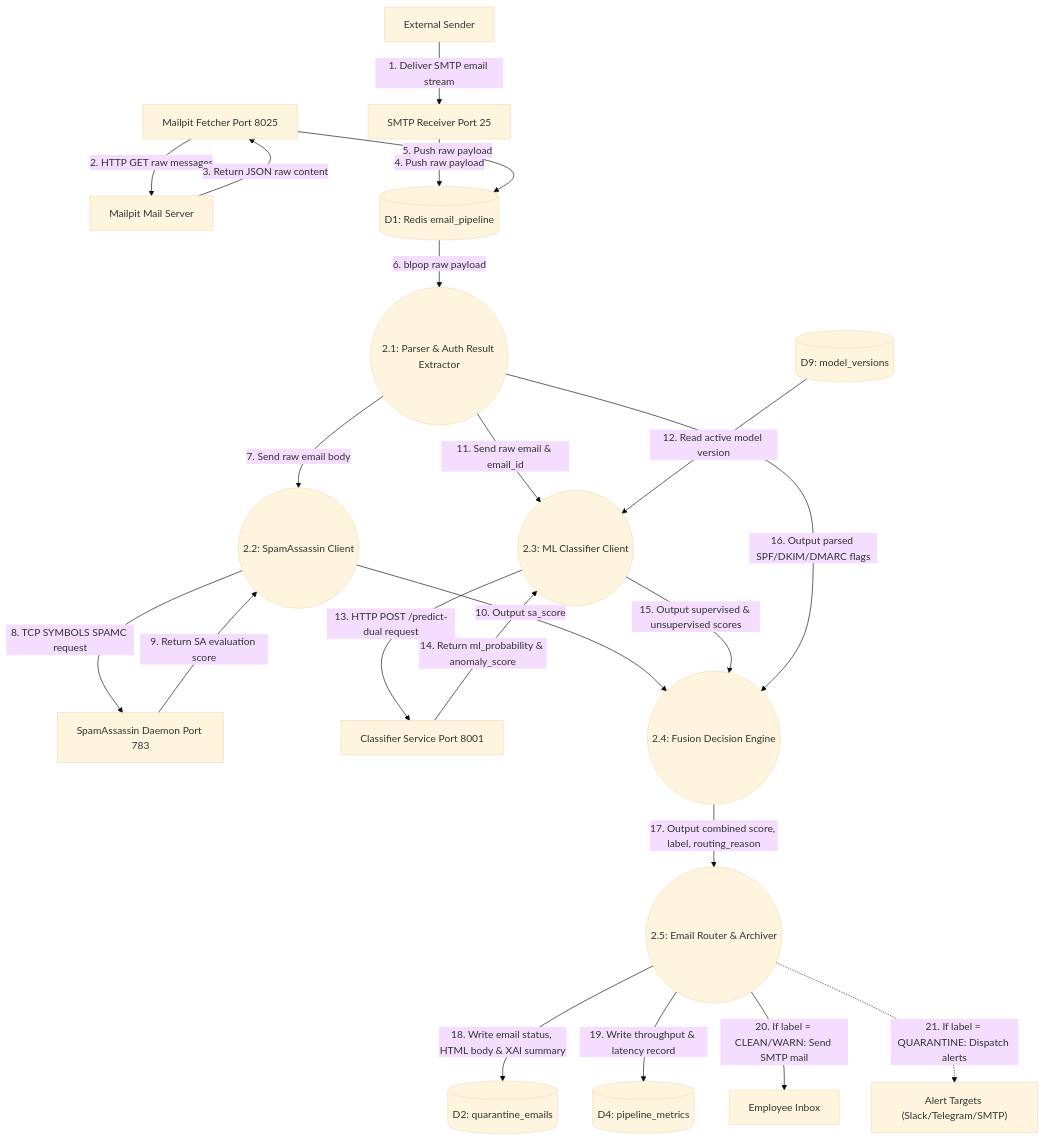
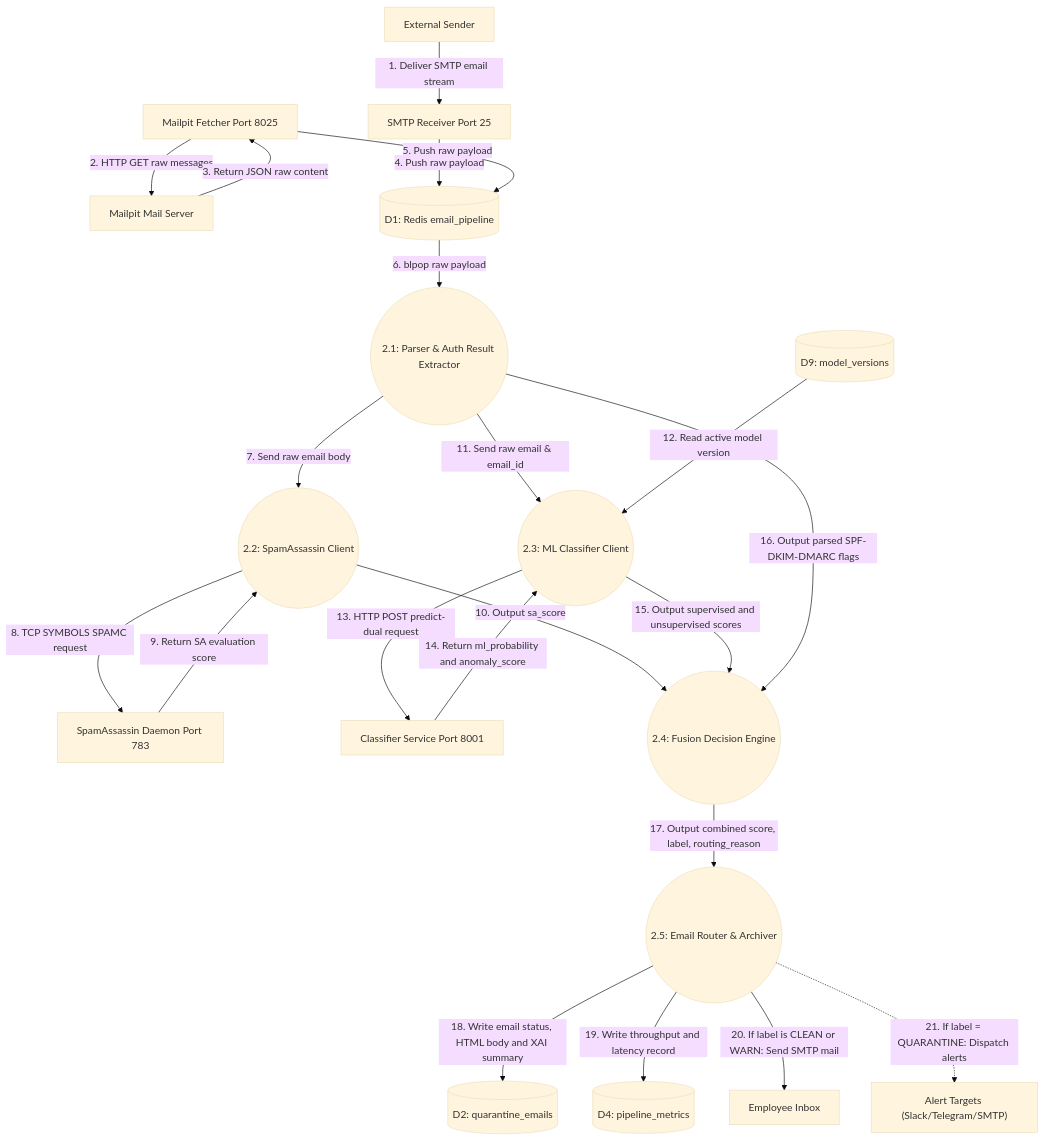
Before and after one commit to wi5nuu/ML-Powered-Anti-Phishing-and-Spam-Filtering: the fourth of 6 diagrams in DATABASE_AND_PROCESS_FLOWS_DESIGN.md, drawn with Mermaid (base theme). The commit also changed other lines of this file, not shown here.

Commit message:
docs: sanitize edge labels by removing parentheses and slashes for GitHub Mermaid compatibility

````diff
--- a/DATABASE_AND_PROCESS_FLOWS_DESIGN.md
+++ b/DATABASE_AND_PROCESS_FLOWS_DESIGN.md
@@ -438,56 +438,56 @@
 ```mermaid
 flowchart TD
     %% External Entities & Hardware Ports
     ES[External Sender]
     SMTP["SMTP Receiver Port 25"]
     Fetcher["Mailpit Fetcher Port 8025"]
     Mailpit[Mailpit Mail Server]
     SA_Daemon["SpamAssassin Daemon Port 783"]
     ML_Service["Classifier Service Port 8001"]
     Emp[Employee Inbox]
     Alerts["Alert Targets (Slack/Telegram/SMTP)"]
 
     %% Sub-processes
     P2_1(("2.1: Parser & Auth Result Extractor"))
     P2_2(("2.2: SpamAssassin Client"))
     P2_3(("2.3: ML Classifier Client"))
     P2_4(("2.4: Fusion Decision Engine"))
     P2_5(("2.5: Email Router & Archiver"))
 
     %% Data Stores & Queues
     D_Queue[("D1: Redis email_pipeline")]
     D_Quarantine[("D2: quarantine_emails")]
     D_Metrics[("D4: pipeline_metrics")]
     D_Model[("D9: model_versions")]
 
     %% Flow
     ES -->|1. Deliver SMTP email stream| SMTP
     Fetcher -->|2. HTTP GET raw messages| Mailpit
     Mailpit -->|3. Return JSON raw content| Fetcher
     
     SMTP -->|4. Push raw payload| D_Queue
     Fetcher -->|5. Push raw payload| D_Queue
     
     D_Queue -->|6. blpop raw payload| P2_1
     
     P2_1 -->|7. Send raw email body| P2_2
     P2_2 -->|8. TCP SYMBOLS SPAMC request| SA_Daemon
     SA_Daemon -->|9. Return SA evaluation score| P2_2
     P2_2 -->|10. Output sa_score| P2_4
     
     P2_1 -->|11. Send raw email & email_id| P2_3
     D_Model -->|12. Read active model version| P2_3
-    P2_3 -->|13. HTTP POST /predict-dual request| ML_Service
-    ML_Service -->|14. Return ml_probability & anomaly_score| P2_3
-    P2_3 -->|15. Output supervised & unsupervised scores| P2_4
+    P2_3 -->|13. HTTP POST predict-dual request| ML_Service
+    ML_Service -->|14. Return ml_probability and anomaly_score| P2_3
+    P2_3 -->|15. Output supervised and unsupervised scores| P2_4
     
-    P2_1 -->|16. Output parsed SPF/DKIM/DMARC flags| P2_4
+    P2_1 -->|16. Output parsed SPF-DKIM-DMARC flags| P2_4
     
     P2_4 -->|17. Output combined score, label, routing_reason| P2_5
     
-    P2_5 -->|18. Write email status, HTML body & XAI summary| D_Quarantine
-    P2_5 -->|19. Write throughput & latency record| D_Metrics
+    P2_5 -->|18. Write email status, HTML body and XAI summary| D_Quarantine
+    P2_5 -->|19. Write throughput and latency record| D_Metrics
     
-    P2_5 -->|20. If label = CLEAN/WARN: Send SMTP mail| Emp
+    P2_5 -->|20. If label is CLEAN or WARN: Send SMTP mail| Emp
     P2_5 -.->|21. If label = QUARANTINE: Dispatch alerts| Alerts
 ```
````
